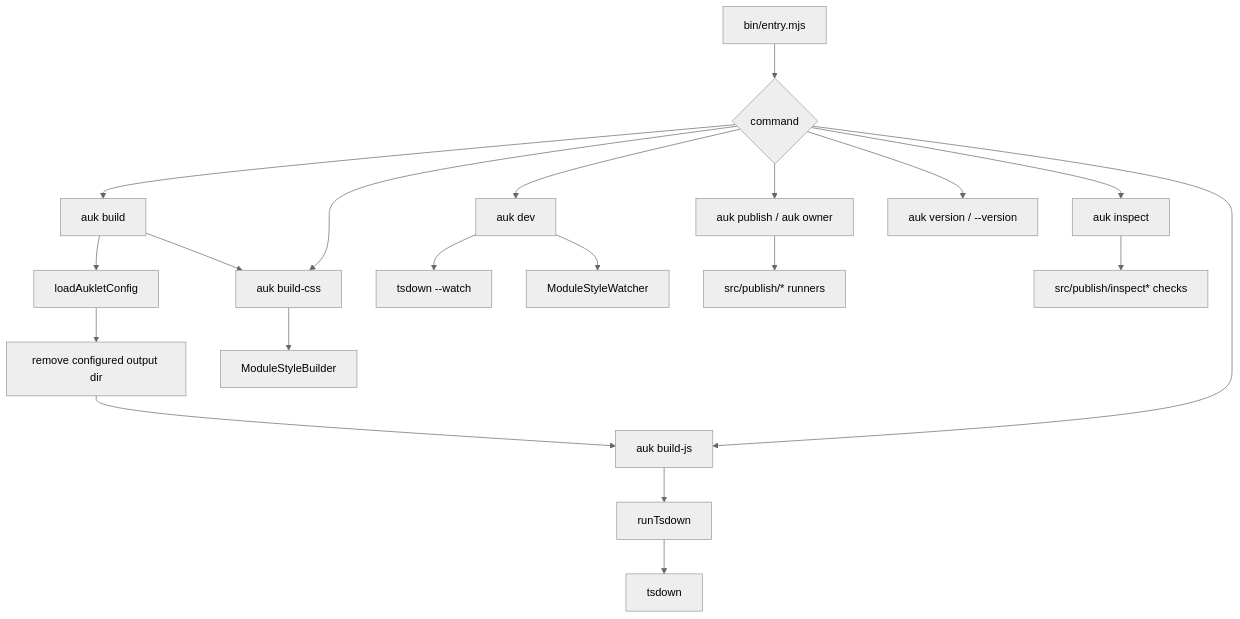
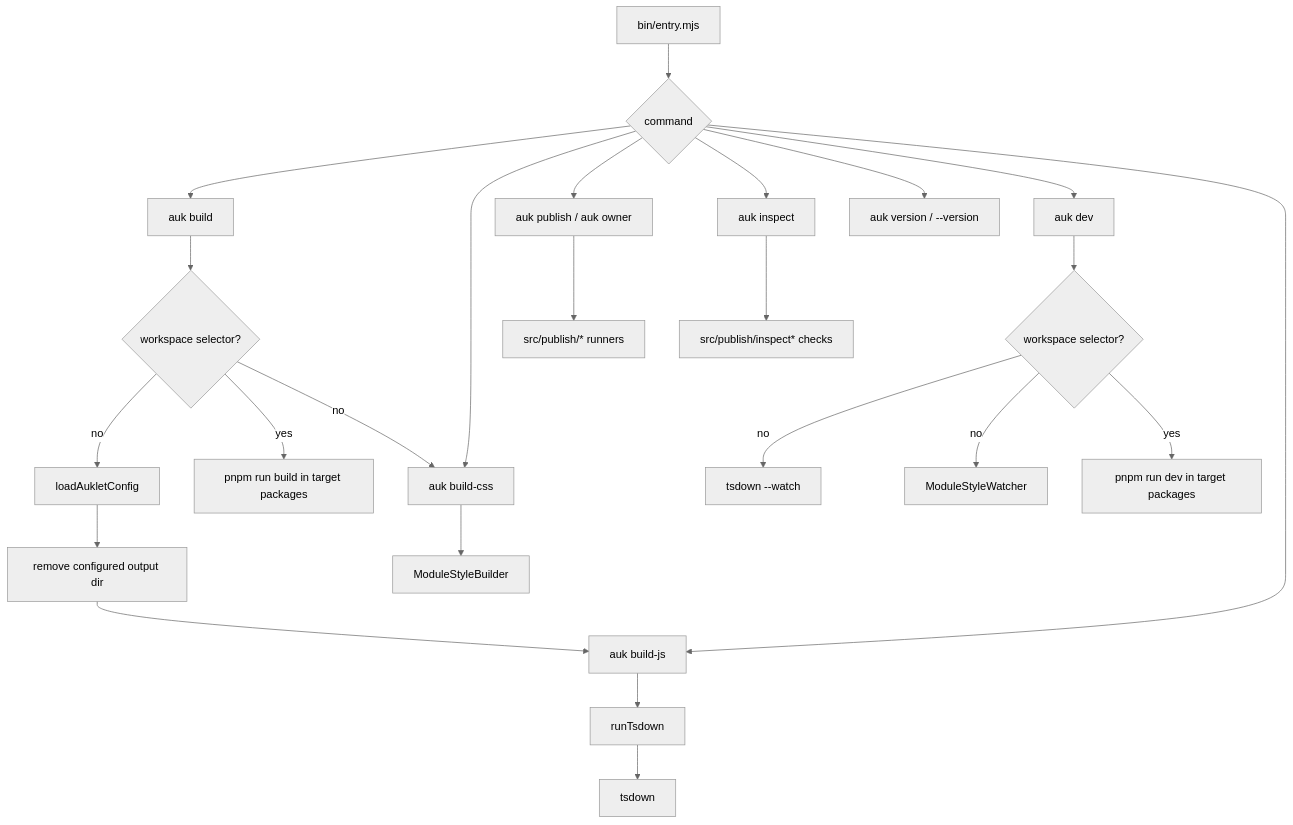
The second of 2 diagrams in docs/architecture.md (imtaotao/auklet), drawn with Mermaid (neutral theme) before and after one commit. The commit also changed other lines of this file and 45 other files, not shown here.

````diff
--- a/docs/architecture.md
+++ b/docs/architecture.md
@@ -164,23 +178,27 @@
 ```mermaid
 flowchart TD
   CLI["bin/entry.mjs"] --> Command{"command"}
   Command --> Build["auk build"]
   Command --> BuildJs["auk build-js"]
   Command --> BuildStyle["auk build-css"]
   Command --> Dev["auk dev"]
   Command --> Publish["auk publish / auk owner"]
   Command --> Inspect["auk inspect"]
   Command --> Version["auk version / --version"]
 
-  Build --> LoadBuildConfig["loadAukletConfig"]
+  Build --> BuildMode{"workspace selector?"}
+  BuildMode -->|yes| BuildScripts["pnpm run build in target packages"]
+  BuildMode -->|no| LoadBuildConfig["loadAukletConfig"]
   LoadBuildConfig --> CleanOutput["remove configured output dir"]
   CleanOutput --> BuildJs
   BuildJs --> RunTsdown["runTsdown"]
   RunTsdown --> Tsdown["tsdown"]
-  Build --> BuildStyle
+  BuildMode -->|no| BuildStyle
   BuildStyle --> StyleBuilder["ModuleStyleBuilder"]
-  Dev --> JsWatch["tsdown --watch"]
-  Dev --> StyleWatch["ModuleStyleWatcher"]
+  Dev --> DevMode{"workspace selector?"}
+  DevMode -->|no| JsWatch["tsdown --watch"]
+  DevMode -->|no| StyleWatch["ModuleStyleWatcher"]
+  DevMode -->|yes| DevScripts["pnpm run dev in target packages"]
   Publish --> PublishRunner["src/publish/* runners"]
   Inspect --> InspectRunner["src/publish/inspect* checks"]
 ```
````
